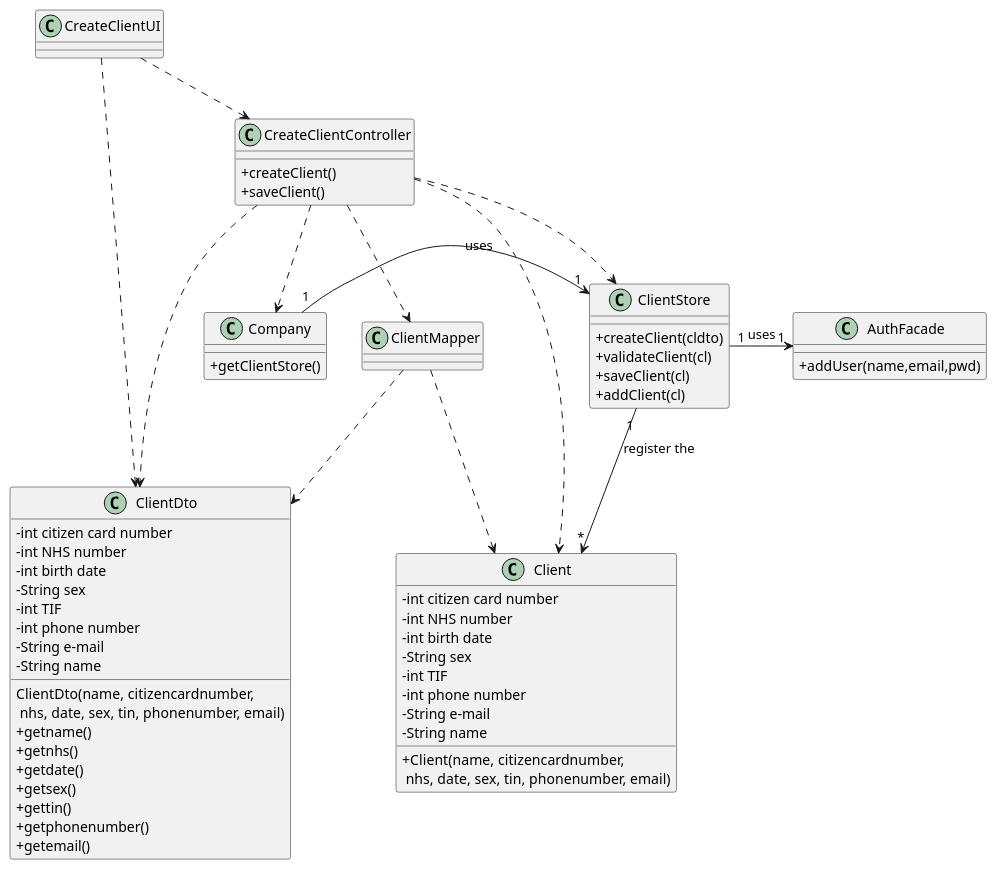
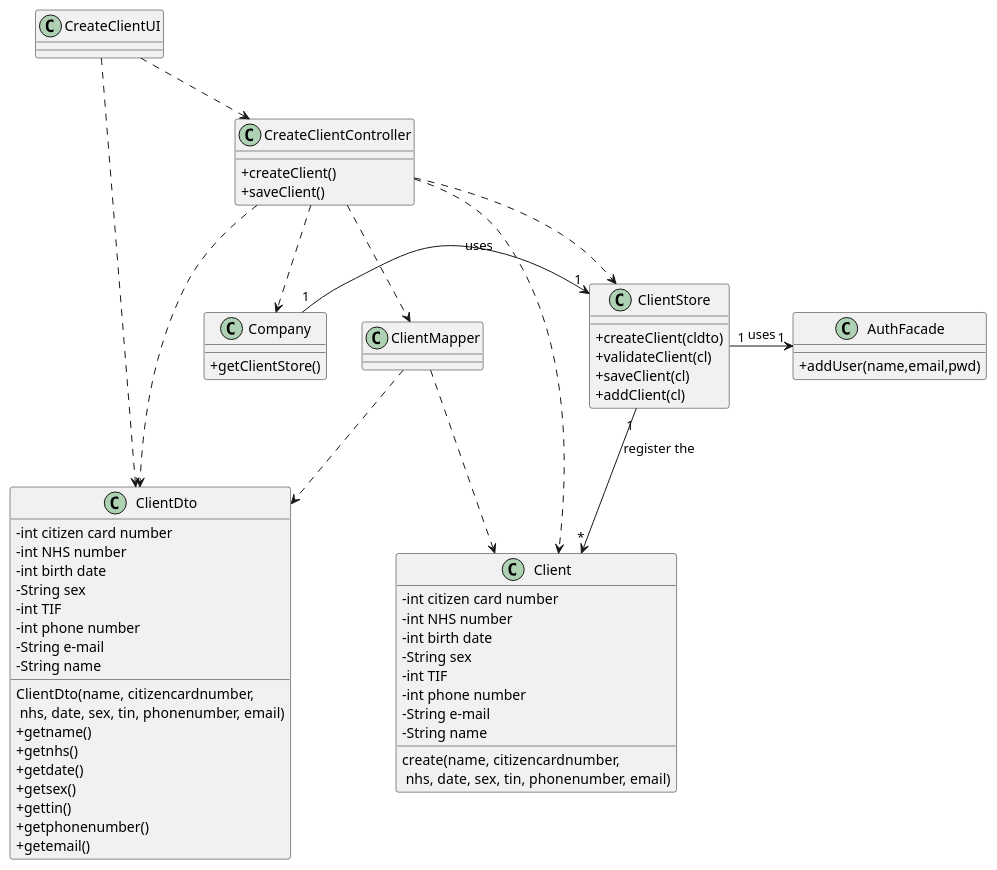
The diagram in docs/SprintB/US03/US3_CD.puml (manu-07-ela/LAPR2_ISEP), drawn with PlantUML before and after one commit. The commit also changed 3 other files, not shown here.

```diff
--- a/docs/SprintB/US03/US3_CD.puml
+++ b/docs/SprintB/US03/US3_CD.puml
@@ -1,81 +1,81 @@
 @startuml
 skinparam classAttributeIconSize 0
 
 class CreateClientUI {
 
 }
 
 class Client {
   -int citizen card number
   -int NHS number
   -int birth date
   -String sex
   -int TIF
   -int phone number
   -String e-mail
   -String name
-  +Client(name, citizencardnumber,\n nhs, date, sex, tin, phonenumber, email)
+  create(name, citizencardnumber,\n nhs, date, sex, tin, phonenumber, email)
 }
 
 class ClientStore {
   +createClient(cldto)
   +validateClient(cl)
   +saveClient(cl)
   +addClient(cl)
 }
 
 class ClientDto {
   -int citizen card number
   -int NHS number
   -int birth date
   -String sex
   -int TIF
   -int phone number
   -String e-mail
   -String name
   ClientDto(name, citizencardnumber,\n nhs, date, sex, tin, phonenumber, email)
   +getname()
   +getnhs()
   +getdate()
   +getsex()
   +gettin()
   +getphonenumber()
   +getemail()
 }
 
 class ClientMapper {
 
 }
 
 class Company {
   +getClientStore()
 }
 
 
 class CreateClientController {
   +createClient()
   +saveClient()
 }
 
 class AuthFacade {
   +addUser(name,email,pwd)
 }
 
 
 
 CreateClientUI ..> CreateClientController
 CreateClientUI ..> ClientDto
 CreateClientController ..> Company
 CreateClientController ..> ClientDto
 CreateClientController ..> ClientMapper
 CreateClientController ..> Client
 CreateClientController ..> ClientStore
 ClientMapper ..> ClientDto
 ClientMapper ..> Client
 ClientStore "1" -> "*" Client : register the
 ClientStore "1" -> "1" AuthFacade : uses
 Company "1" -> "1" ClientStore : uses
 
 
 
 @enduml
```
